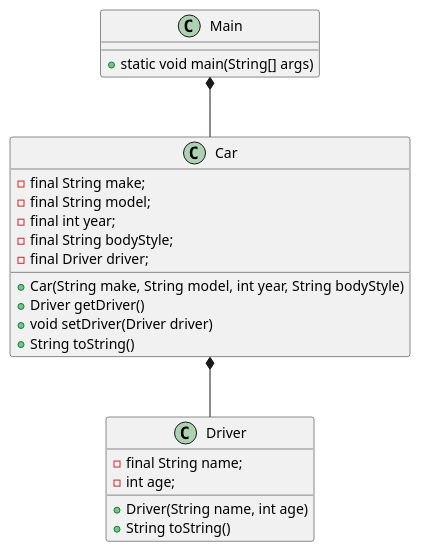
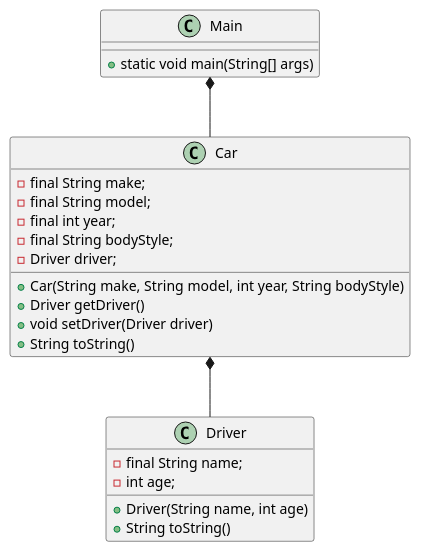
The diagram in OOP1/Documentation/CarsAndDrivers.puml (Peter537/Dat1-ugeopgave5), drawn with PlantUML before and after one commit. The commit also changed 10 other files, not shown here.

```diff
--- a/OOP1/Documentation/CarsAndDrivers.puml
+++ b/OOP1/Documentation/CarsAndDrivers.puml
@@ -1,31 +1,31 @@
 @startuml
 
 class Main {
     + static void main(String[] args)
 }
 
 class Car {
     - final String make;
     - final String model;
     - final int year;
     - final String bodyStyle;
-    - final Driver driver;
+    - Driver driver;
 
     + Car(String make, String model, int year, String bodyStyle)
     + Driver getDriver()
     + void setDriver(Driver driver)
     + String toString()
 }
 
 class Driver {
     - final String name;
     - int age;
 
     + Driver(String name, int age)
     + String toString()
 }
 
 Main *-- Car
 Car *-- Driver
 
 @enduml
```
